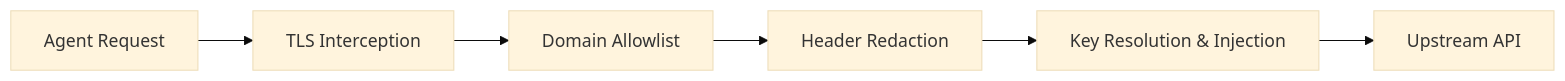
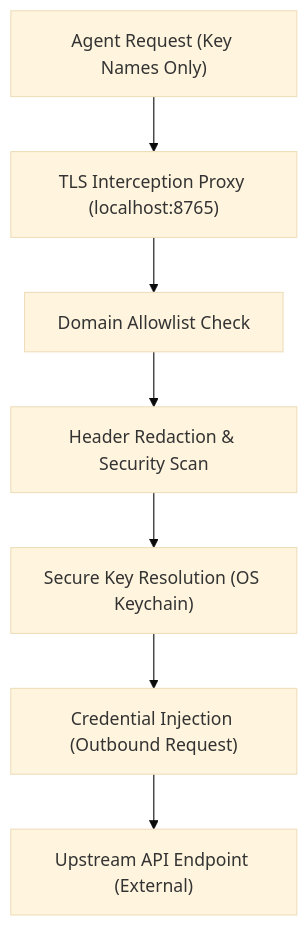
The diagram in src/content/docs/what-is-agentsecrets.md (SteppaCodes/agentsecrets-website), drawn with Mermaid (base theme) before and after one commit. The commit also changed other lines of this file and 61 other files, not shown here.

````diff
--- a/src/content/docs/what-is-agentsecrets.md
+++ b/src/content/docs/what-is-agentsecrets.md
@@ -20,8 +20,9 @@
 ```mermaid
-flowchart LR
-    A[Agent Request] --> B[TLS Interception]
-    B --> C[Domain Allowlist]
-    C --> D[Header Redaction]
-    D --> E[Key Resolution & Injection]
-    E --> F[Upstream API]
+flowchart TD
+    A["Agent Request (Key Names Only)"] --> B["TLS Interception Proxy (localhost:8765)"]
+    B --> C["Domain Allowlist Check"]
+    C --> D["Header Redaction & Security Scan"]
+    D --> E["Secure Key Resolution (OS Keychain)"]
+    E --> F["Credential Injection (Outbound Request)"]
+    F --> G["Upstream API Endpoint (External)"]
 ```
````
